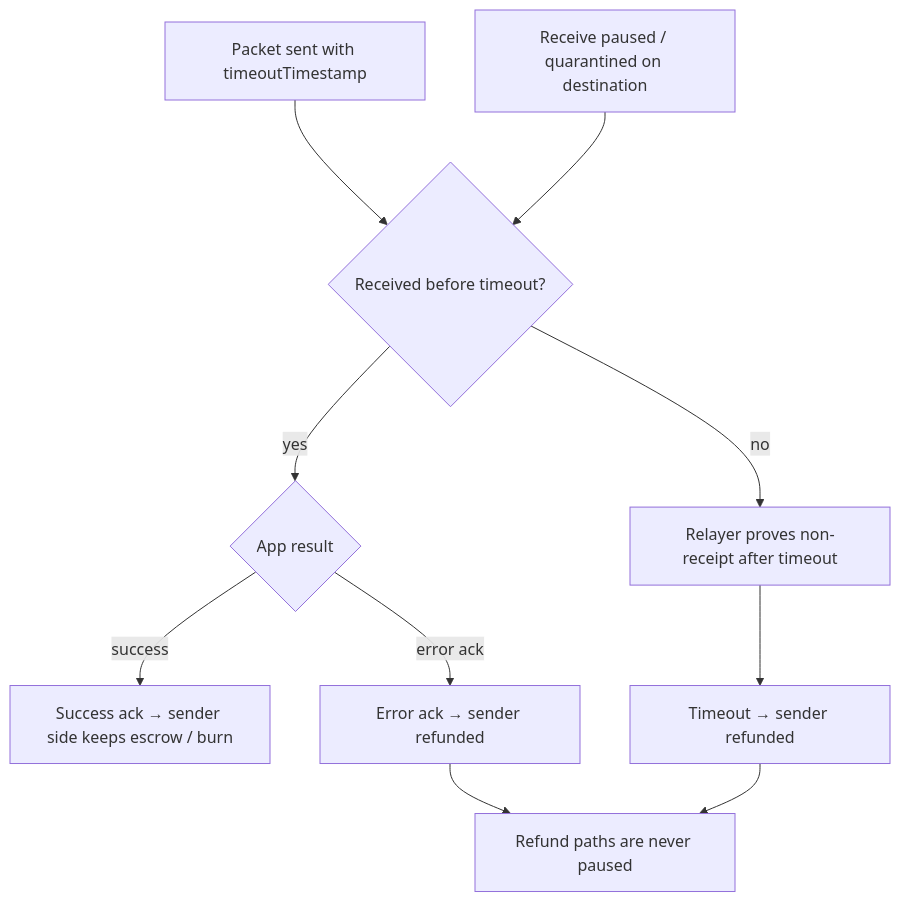
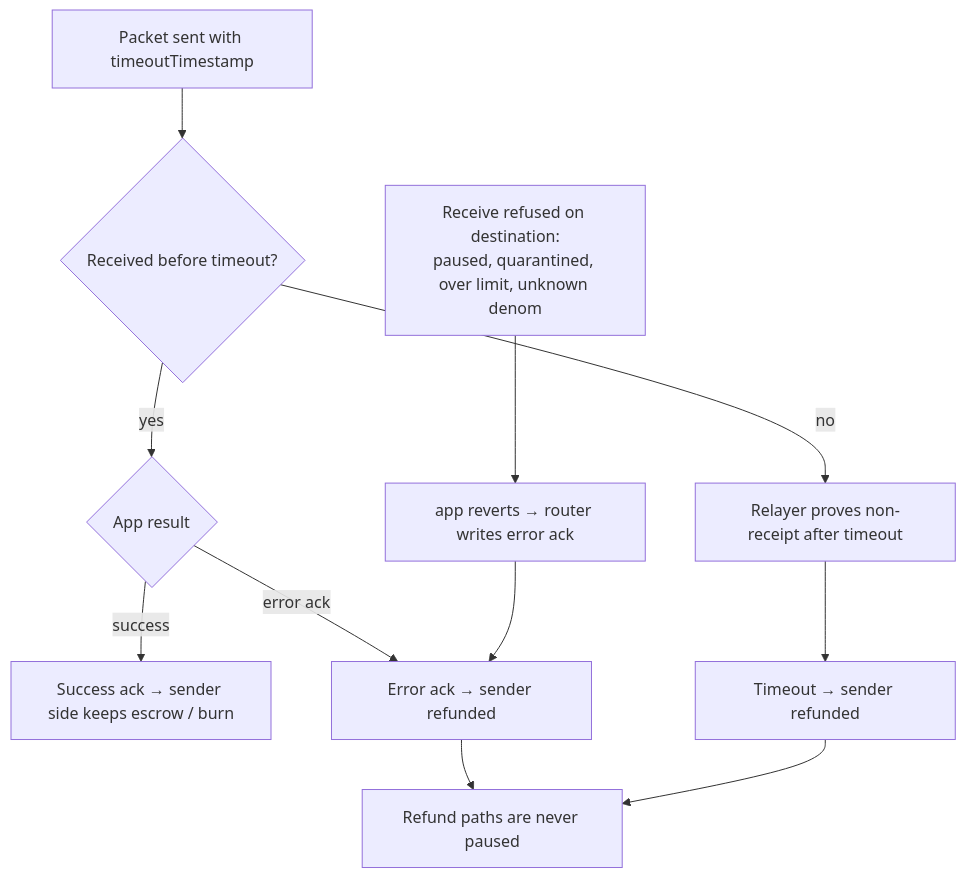
Before and after one commit to gnolang/gno: the fourth of 13 diagrams in gno.land/adr/prxxxx_ibc_ethereum.md, drawn with Mermaid. The commit also changed other lines of this file, not shown here.

````diff
--- a/gno.land/adr/prxxxx_ibc_ethereum.md
+++ b/gno.land/adr/prxxxx_ibc_ethereum.md
@@ -355,11 +377,11 @@
 ```mermaid
 flowchart TD
   S[Packet sent with timeoutTimestamp] --> Q{Received before timeout?}
   Q -- yes --> A{App result}
   A -- success --> OK[Success ack → sender side keeps escrow / burn]
   A -- error ack --> RF1[Error ack → sender refunded]
   Q -- no --> TO[Relayer proves non-receipt after timeout]
   TO --> RF2[Timeout → sender refunded]
-  P[Receive paused / quarantined on destination] --> Q
+  P[Receive refused on destination:<br/>paused, quarantined, over limit, unknown denom] --> A2[app reverts → router writes error ack] --> RF1
   RF1 & RF2 --> N[Refund paths are never paused]
 ```
````
